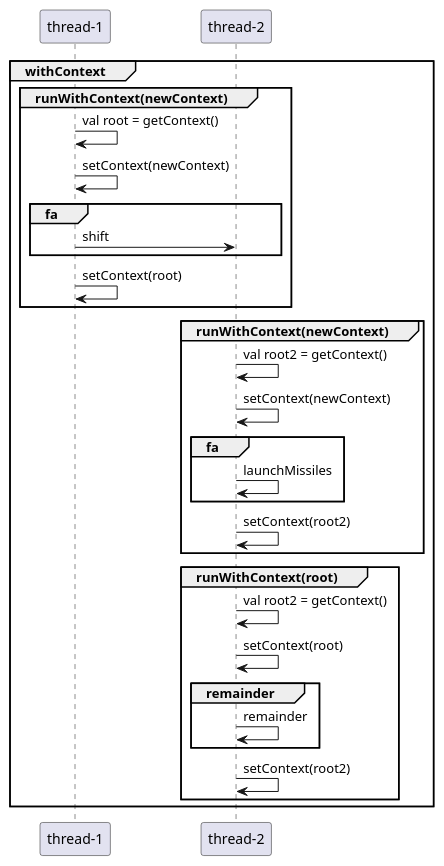
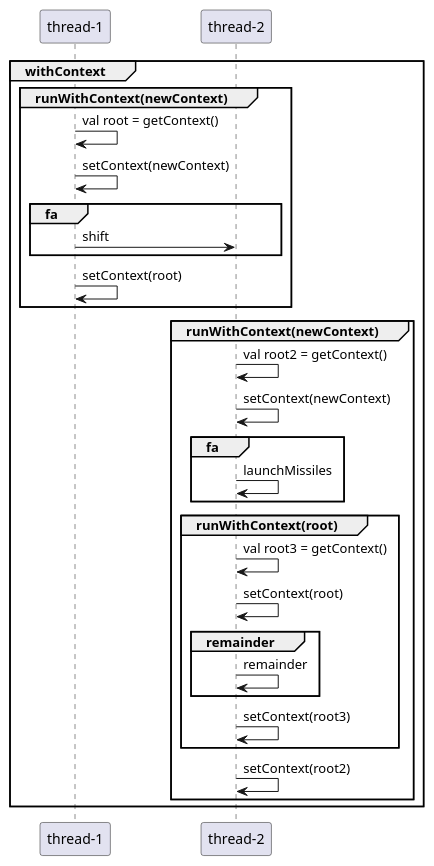
One commit to kubukoz/talks changed the sixth of 6 diagrams in compositional-tracing/diagrams/iomap.md. Above: the diagram before and after it, drawn with PlantUML. The commit also changed other lines of this file and 1 other file, not shown here.

Commit message:
Fix diagrams

````diff
--- a/compositional-tracing/diagrams/iomap.md
+++ b/compositional-tracing/diagrams/iomap.md
@@ -133,32 +133,32 @@
 ```plantuml
 @startuml launchmissiles-shift-async
 '!include stylesheet.iuml
 
 group withContext
 group runWithContext(newContext)
 "thread-1" -> "thread-1": val root = getContext()
 "thread-1" -> "thread-1": setContext(newContext)
 group fa
 "thread-1" -> "thread-2": shift
 end
 "thread-1" -> "thread-1": setContext(root)
 end
 group runWithContext(newContext)
 "thread-2" -> "thread-2": val root2 = getContext()
 "thread-2" -> "thread-2": setContext(newContext)
 group fa
 "thread-2" -> "thread-2": launchMissiles
 end
-"thread-2" -> "thread-2": setContext(root2)
-end
 group runWithContext(root)
-"thread-2" -> "thread-2": val root2 = getContext()
+"thread-2" -> "thread-2": val root3 = getContext()
 "thread-2" -> "thread-2": setContext(root)
 group remainder
 "thread-2" -> "thread-2": remainder
+end
+"thread-2" -> "thread-2": setContext(root3)
 end
 "thread-2" -> "thread-2": setContext(root2)
 end
 end
 @enduml
 ```
````
